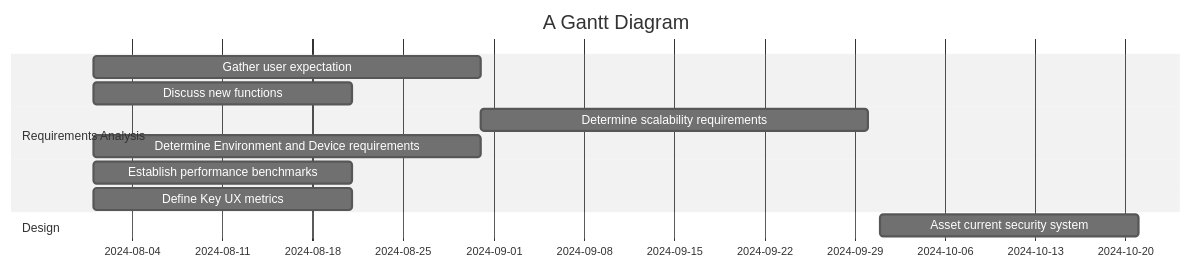
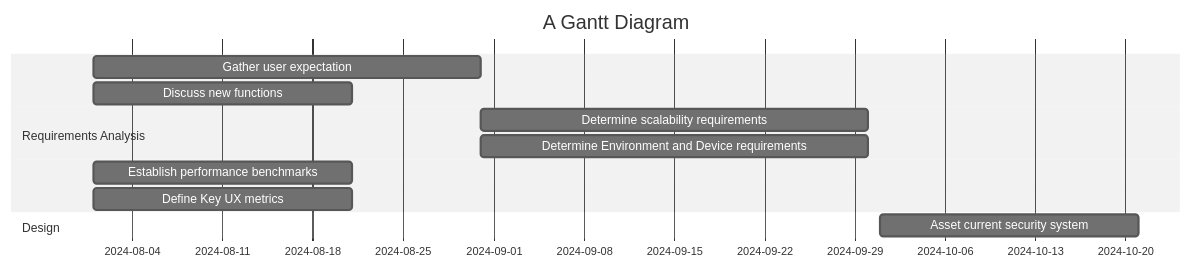
One commit to sayshelley/iodraw-files changed the diagram in all/Untitled-2.md. Above: the diagram before and after it, drawn with Mermaid (neutral theme).

Commit message:
2024-10-05 00:18:56 update

````diff
--- a/all/Untitled-2.md
+++ b/all/Untitled-2.md
@@ -1,23 +1,23 @@
 ```mermaid
 gantt
     title A Gantt Diagram
     dateFormat  YYYY-MM-DD
     section Requirements Analysis
         Gather user expectation: a4, 2024-08-01, 30d
         Discuss new functions: a6, 2024-08-01, 20d
         Determine scalability requirements: a1, after a4, 30d
-        Determine Environment and Device requirements: a2, 2024-08-01, 30d
+        Determine Environment and Device requirements: a2, after a4, 30d
         Establish performance benchmarks: a3, 2024-08-01, 20d
         Define Key UX metrics: a5, 2024-08-01, 20d
         
     section Design
         Asset current security system: b1, 2024-10-01, 20d
 
     section Develop
 
 
     
 
 
    
 ```
````
